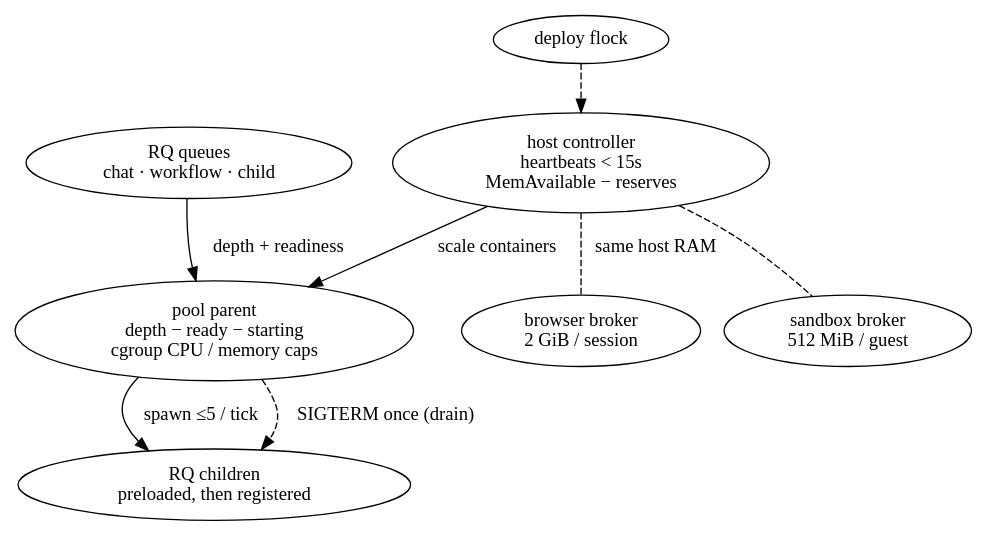
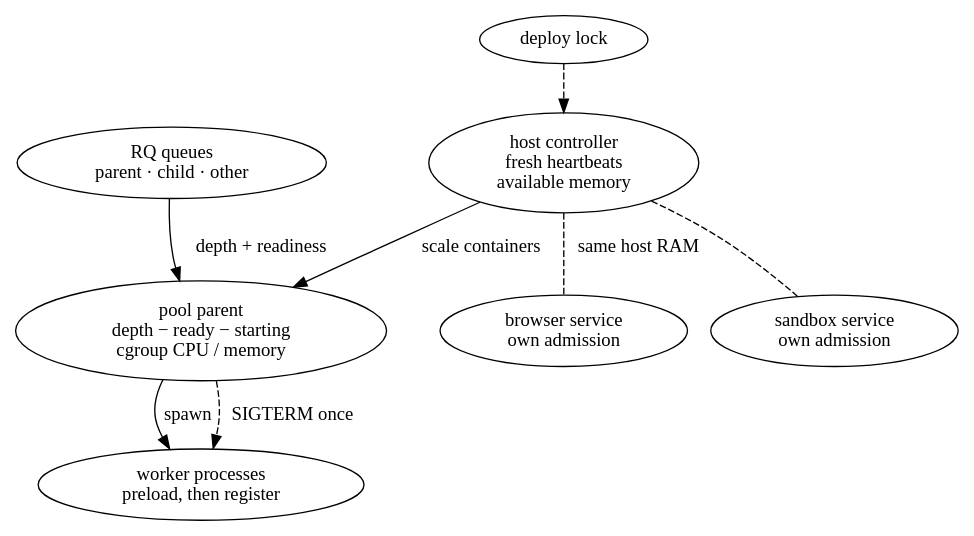
The diagram in src/assets/blog-diagrams/04-autoscaling-ai-workers-queue-age-capacity.dot (Shaunfurtado/Shaunfurtado.github.io), drawn with Graphviz before and after one commit. The commit also changed 31 other files, not shown here.

```diff
--- a/src/assets/blog-diagrams/04-autoscaling-ai-workers-queue-age-capacity.dot
+++ b/src/assets/blog-diagrams/04-autoscaling-ai-workers-queue-age-capacity.dot
@@ -1,17 +1,17 @@
 digraph scaling {
 rankdir=TB;
-queues [label="RQ queues\nchat · workflow · child"];
-pool [label="pool parent\ndepth − ready − starting\ncgroup CPU / memory caps", class="key"];
-kids [label="RQ children\npreloaded, then registered"];
-ctl [label="host controller\nheartbeats < 15s\nMemAvailable − reserves"];
-lock [label="deploy flock", class="ghost"];
-brw [label="browser broker\n2 GiB / session"];
-sbx [label="sandbox broker\n512 MiB / guest"];
+queues [label="RQ queues\nparent · child · other"];
+pool [label="pool parent\ndepth − ready − starting\ncgroup CPU / memory", class="key"];
+kids [label="worker processes\npreload, then register"];
+ctl [label="host controller\nfresh heartbeats\navailable memory"];
+lock [label="deploy lock", class="ghost"];
+brw [label="browser service\nown admission"];
+sbx [label="sandbox service\nown admission"];
 queues -> pool [label="depth + readiness"];
-pool -> kids [label="spawn ≤5 / tick"];
-pool -> kids [label="SIGTERM once (drain)", style=dashed];
+pool -> kids [label="spawn"];
+pool -> kids [label="SIGTERM once", style=dashed];
 ctl -> pool [label="scale containers"];
 lock -> ctl [style=dashed];
 ctl -> brw [label="same host RAM", style=dashed, dir=none];
 ctl -> sbx [style=dashed, dir=none];
 }
```
